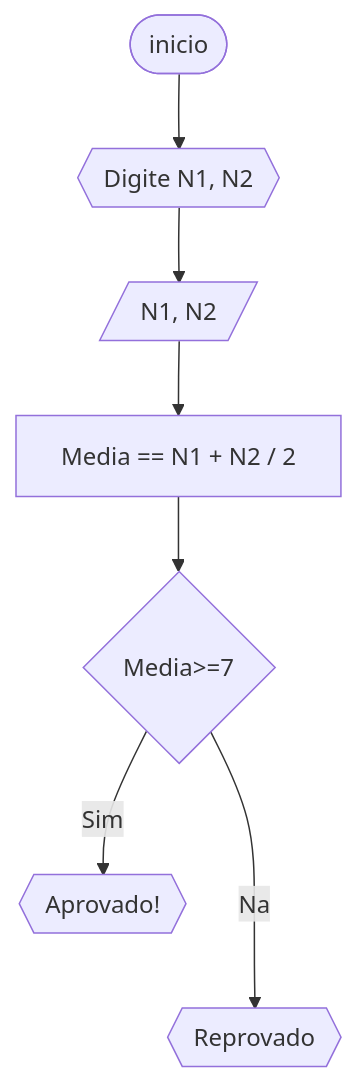
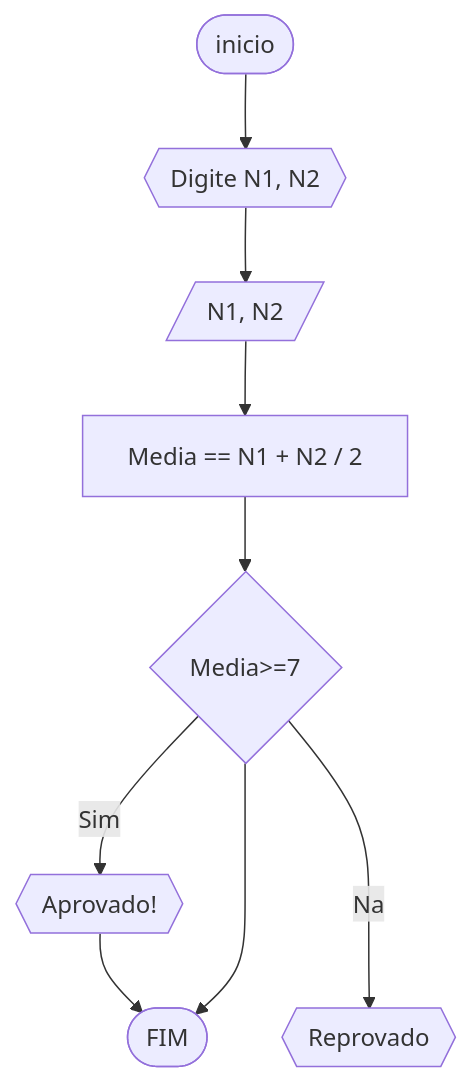
The third of 4 diagrams in RLB/lista1_exercicios.md (paaiva/UNIFOR2), drawn with Mermaid before and after one commit. The commit also changed other lines of this file, not shown here.

````diff
--- a/RLB/lista1_exercicios.md
+++ b/RLB/lista1_exercicios.md
@@ -77,10 +82,12 @@
 ``` mermaid
 flowchart TD
 A([inicio])-->B{{Digite N1, N2}}
 B-->C[/N1, N2/]
 C-->D[Media == N1 + N2 / 2]
 D-->E{Media>=7}
 E--Sim-->F{{Aprovado!}}
+F-->H([FIM])
 E--Nao-->G{{Reprovado}}
+E-->H
 
 ``` 
````
